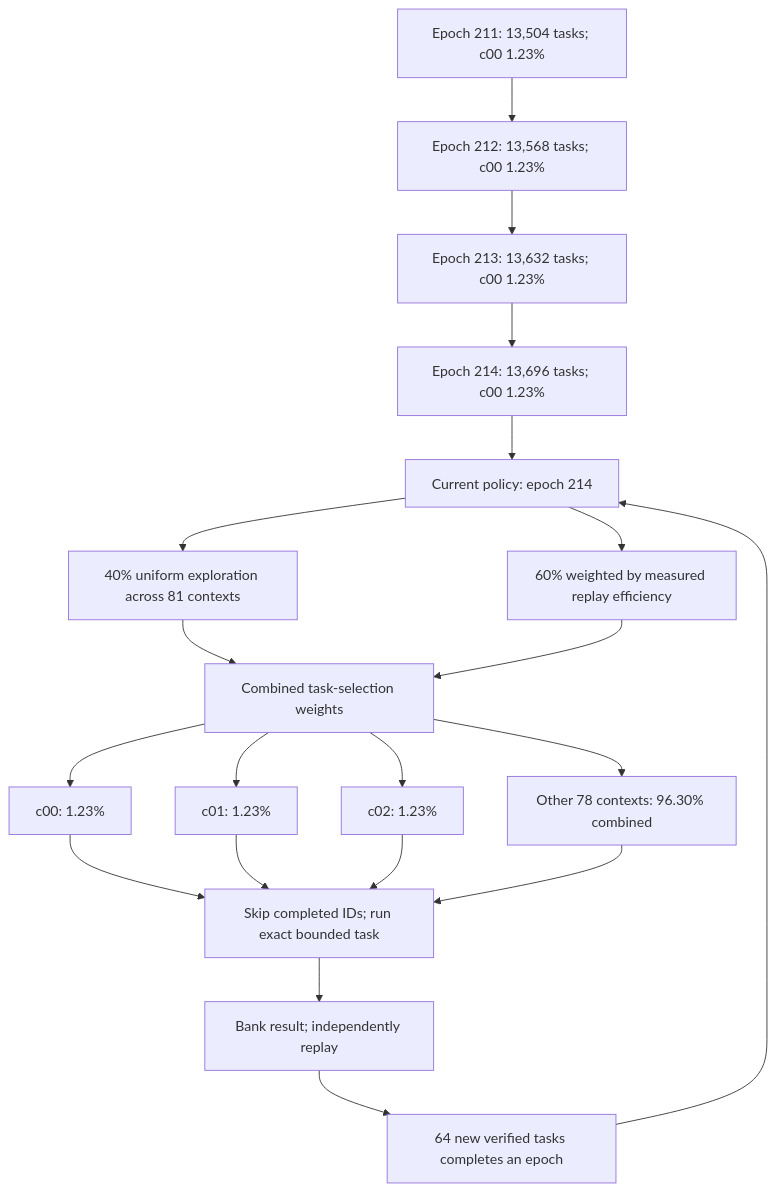
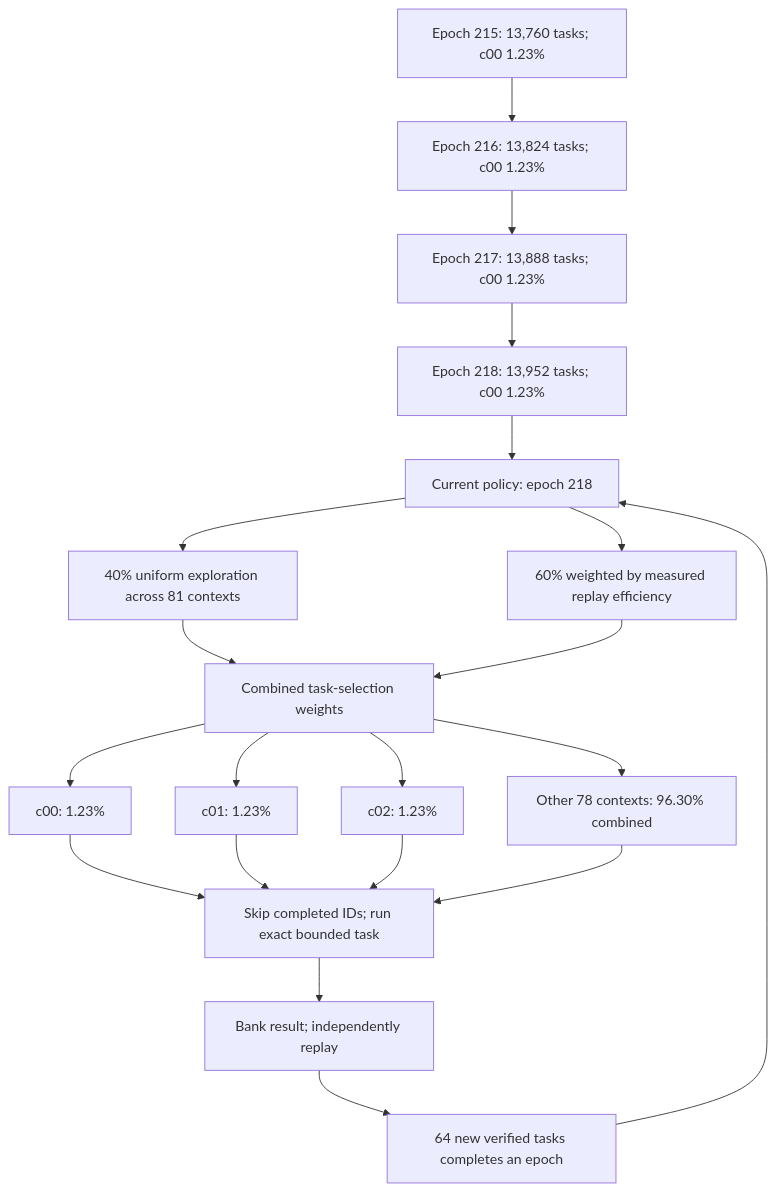
The diagram in README.md (Kuberwastaken/math-gambling), drawn with Mermaid before and after one commit. The commit also changed other lines of this file and 597 other files, not shown here.

````diff
--- a/README.md
+++ b/README.md
@@ -49,27 +49,27 @@
 ```mermaid
 flowchart TD
-    H0["Epoch 211: 13,504 tasks; c00 1.23%"]
-    H1["Epoch 212: 13,568 tasks; c00 1.23%"]
+    H0["Epoch 215: 13,760 tasks; c00 1.23%"]
+    H1["Epoch 216: 13,824 tasks; c00 1.23%"]
     H0 --> H1
-    H2["Epoch 213: 13,632 tasks; c00 1.23%"]
+    H2["Epoch 217: 13,888 tasks; c00 1.23%"]
     H1 --> H2
-    H3["Epoch 214: 13,696 tasks; c00 1.23%"]
+    H3["Epoch 218: 13,952 tasks; c00 1.23%"]
     H2 --> H3
-    Policy["Current policy: epoch 214"]
+    Policy["Current policy: epoch 218"]
     H3 --> Policy
     Policy --> Explore["40% uniform exploration across 81 contexts"]
     Policy --> Cost["60% weighted by measured replay efficiency"]
     Explore --> Mix["Combined task-selection weights"]
     Cost --> Mix
     Mix --> C0["c00: 1.23%"]
     Mix --> C1["c01: 1.23%"]
     Mix --> C2["c02: 1.23%"]
     Mix --> Rest["Other 78 contexts: 96.30% combined"]
     C0 --> Check["Skip completed IDs; run exact bounded task"]
     C1 --> Check
     C2 --> Check
     Rest --> Check
     Check --> Replay["Bank result; independently replay"]
     Replay --> Gate["64 new verified tasks completes an epoch"]
     Gate --> Policy
 ```
````
